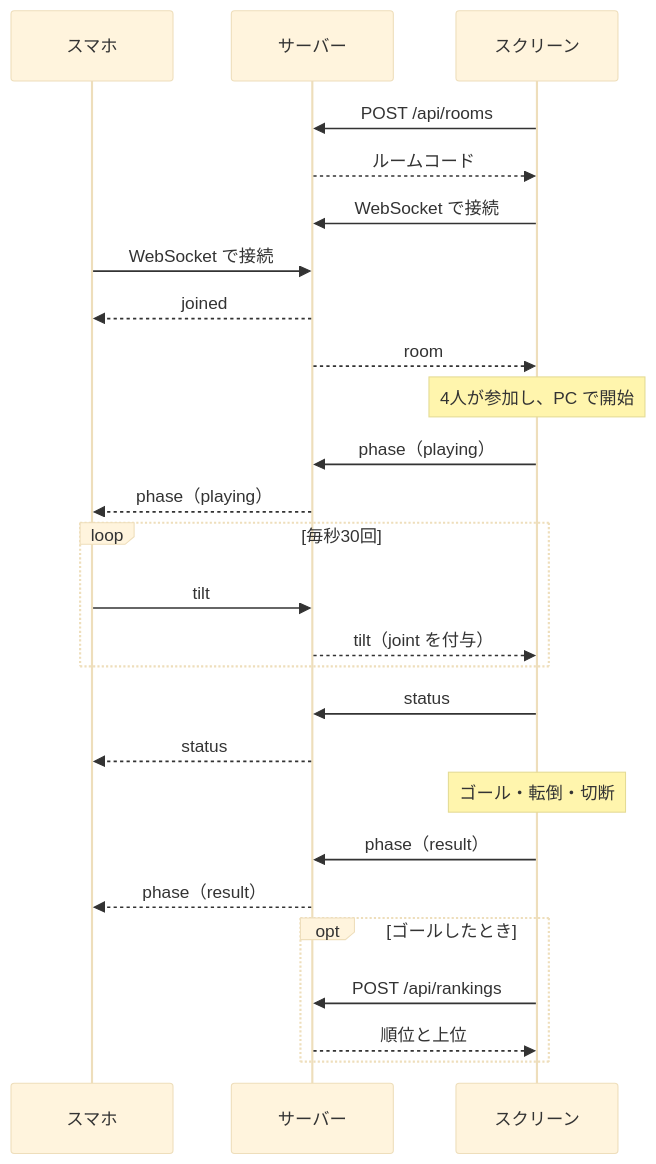
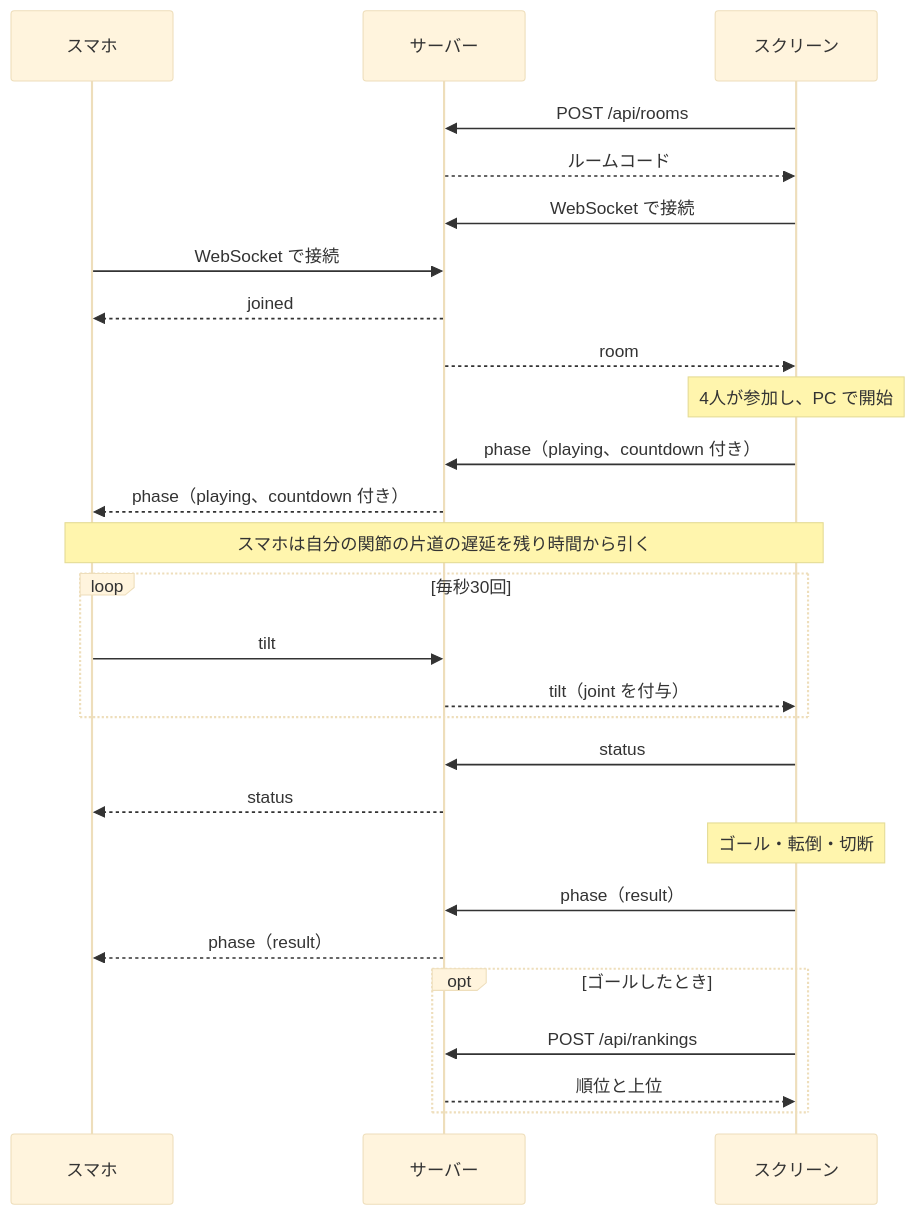
The diagram in docs/api.md (Tanakee/funyaoji), drawn with Mermaid (base theme) before and after one commit. The commit also changed other lines of this file and 19 other files, not shown here.

````diff
--- a/docs/api.md
+++ b/docs/api.md
@@ -9,28 +9,29 @@
 ```mermaid
 sequenceDiagram
   participant P as スマホ
   participant S as サーバー
   participant C as スクリーン
   C->>S: POST /api/rooms
   S-->>C: ルームコード
   C->>S: WebSocket で接続
   P->>S: WebSocket で接続
   S-->>P: joined
   S-->>C: room
   Note over C: 4人が参加し、PC で開始
-  C->>S: phase（playing）
-  S-->>P: phase（playing）
+  C->>S: phase（playing、countdown 付き）
+  S-->>P: phase（playing、countdown 付き）
+  Note over P,C: スマホは自分の関節の片道の遅延を残り時間から引く
   loop 毎秒30回
     P->>S: tilt
     S-->>C: tilt（joint を付与）
   end
   C->>S: status
   S-->>P: status
   Note over C: ゴール・転倒・切断
   C->>S: phase（result）
   S-->>P: phase（result）
   opt ゴールしたとき
     C->>S: POST /api/rankings
     S-->>C: 順位と上位
   end
 ```
````
